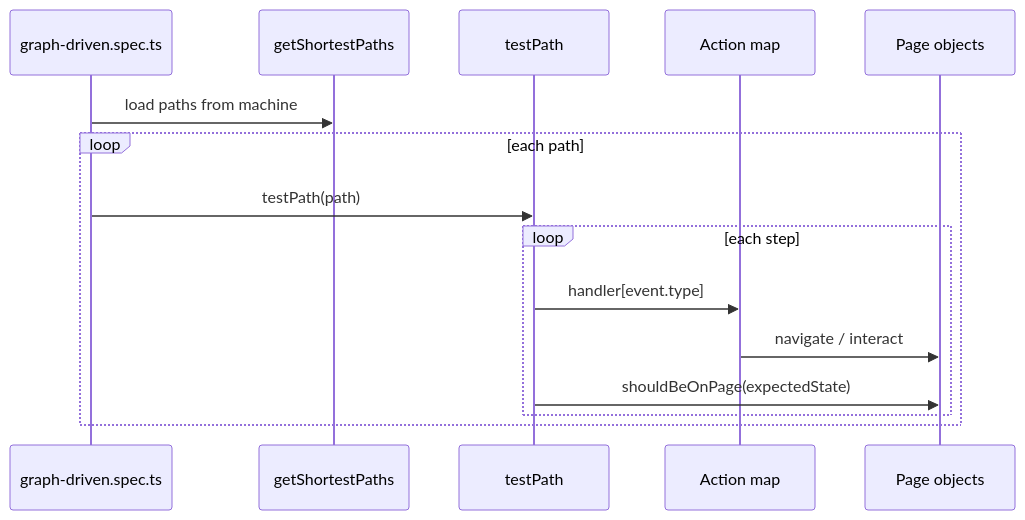
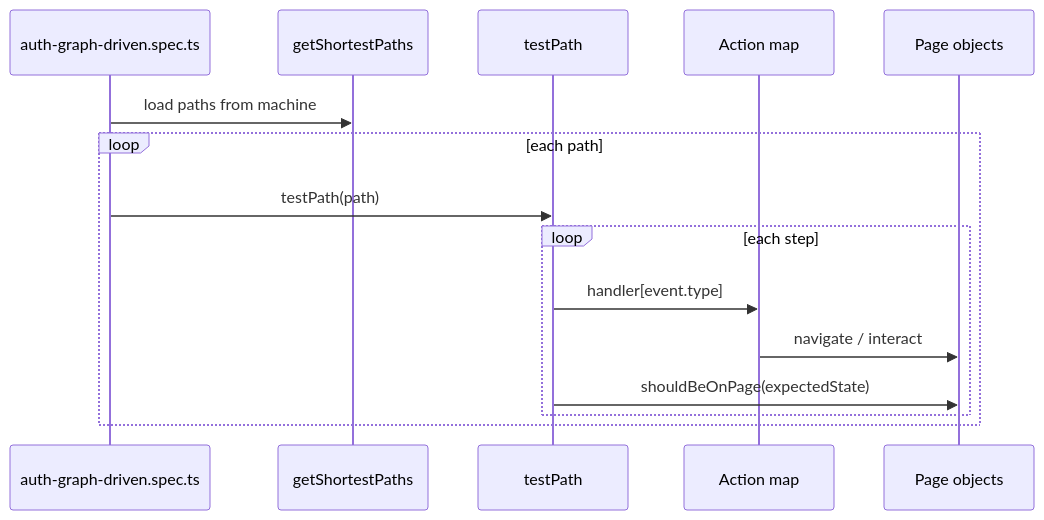
One commit to AlexGrisin/rnd-graph-based-e2e changed the third of 3 diagrams in README.md. Above: the diagram before and after it, drawn with Mermaid. The commit also changed other lines of this file and 8 other files, not shown here.

Commit message:
feat: rename auth graph-driven MBT spec and update related documentation

````diff
--- a/README.md
+++ b/README.md
@@ -501,18 +501,18 @@
 ```mermaid
 sequenceDiagram
-    participant Spec as graph-driven.spec.ts
+    participant Spec as auth-graph-driven.spec.ts
     participant Graph as getShortestPaths
     participant Runner as testPath
     participant Actions as Action map
     participant Pages as Page objects
 
     Spec->>Graph: load paths from machine
     loop each path
         Spec->>Runner: testPath(path)
         loop each step
             Runner->>Actions: handler[event.type]
             Actions->>Pages: navigate / interact
             Runner->>Pages: shouldBeOnPage(expectedState)
         end
     end
 ```
````
